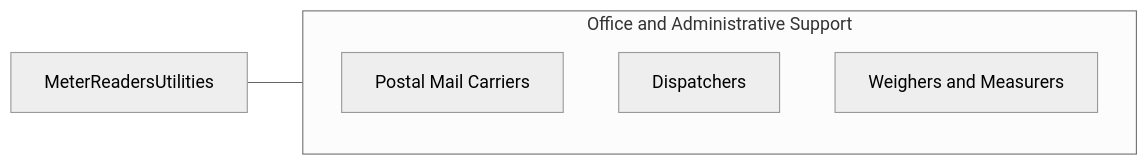
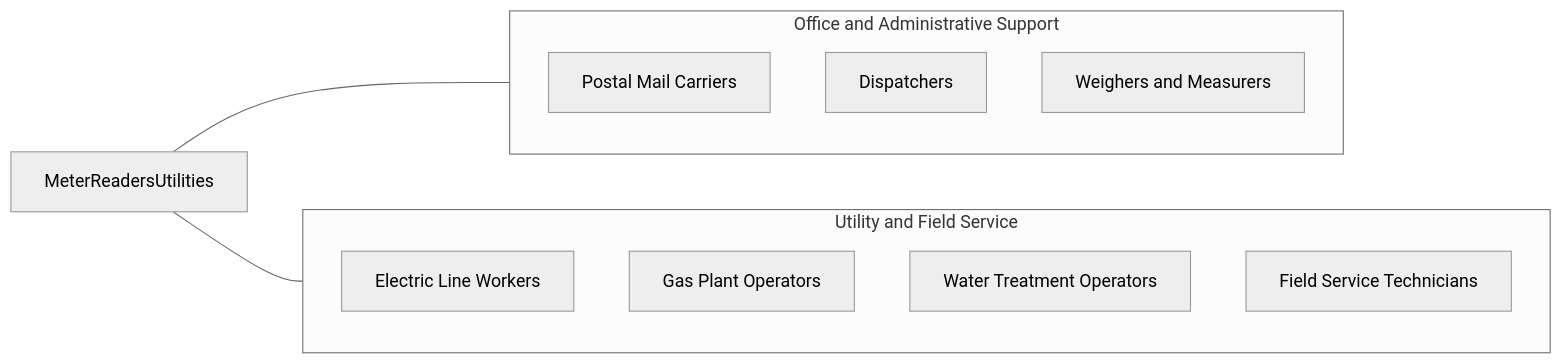
Before and after one commit to kziemski/business.org.ai: the fourth of 4 diagrams in occupations/Administrative/MeterReadersUtilities.mdx, drawn with Mermaid (neutral theme). The commit also changed other lines of this file and 19 other files, not shown here.

````diff
--- a/occupations/Administrative/MeterReadersUtilities.mdx
+++ b/occupations/Administrative/MeterReadersUtilities.mdx
@@ -100,10 +300,20 @@
 ```mermaid
 graph LR
     Current["MeterReadersUtilities"]
+
     subgraph SameCategory["Office and Administrative Support"]
         RPostalCarriers["Postal Mail Carriers"]
         RDispatchers["Dispatchers"]
         RWeighers["Weighers and Measurers"]
     end
+
+    subgraph CrossFunctional["Utility and Field Service"]
+        RLineworkers["Electric Line Workers"]
+        RGasTechs["Gas Plant Operators"]
+        RWaterTechs["Water Treatment Operators"]
+        RFieldService["Field Service Technicians"]
+    end
+
     Current --- SameCategory
+    Current --- CrossFunctional
 ```
````
